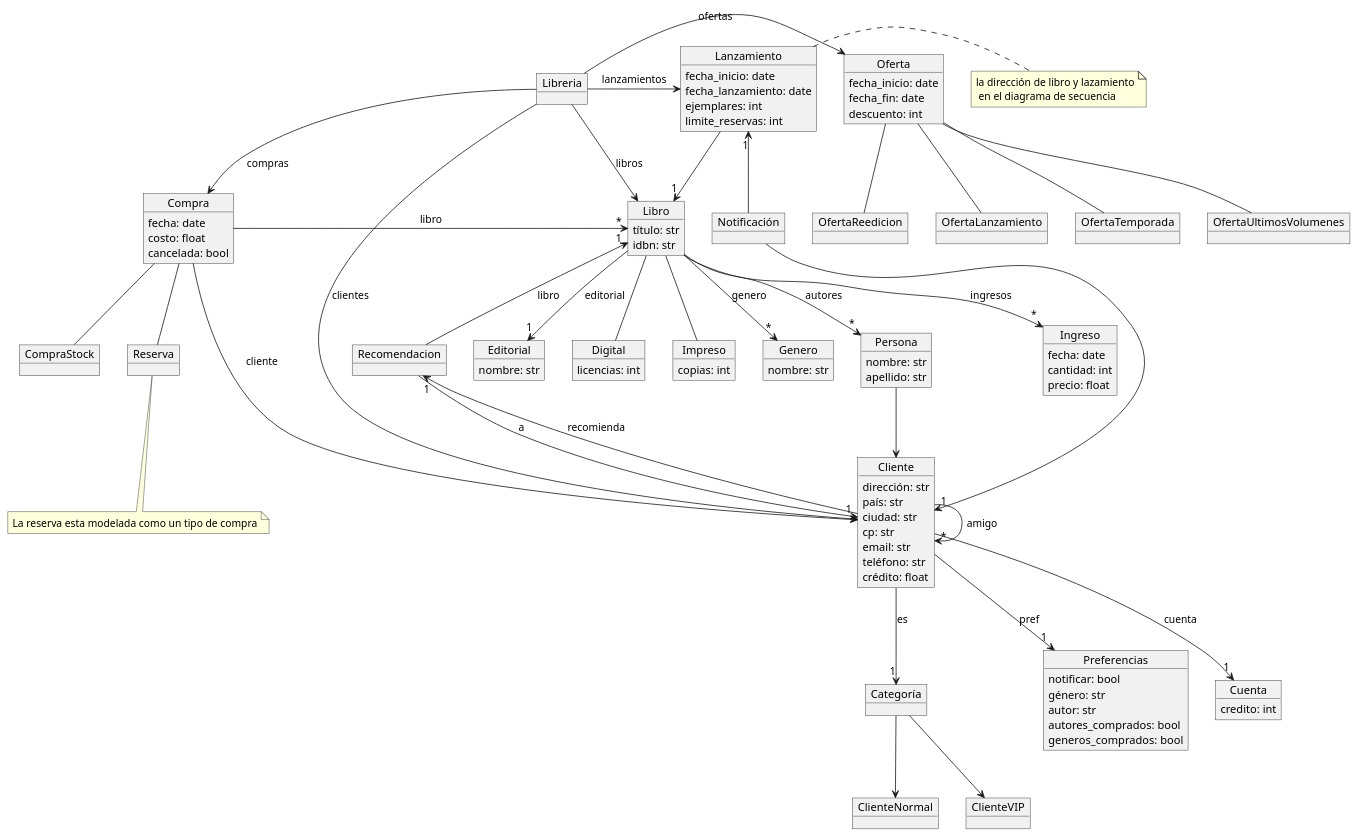
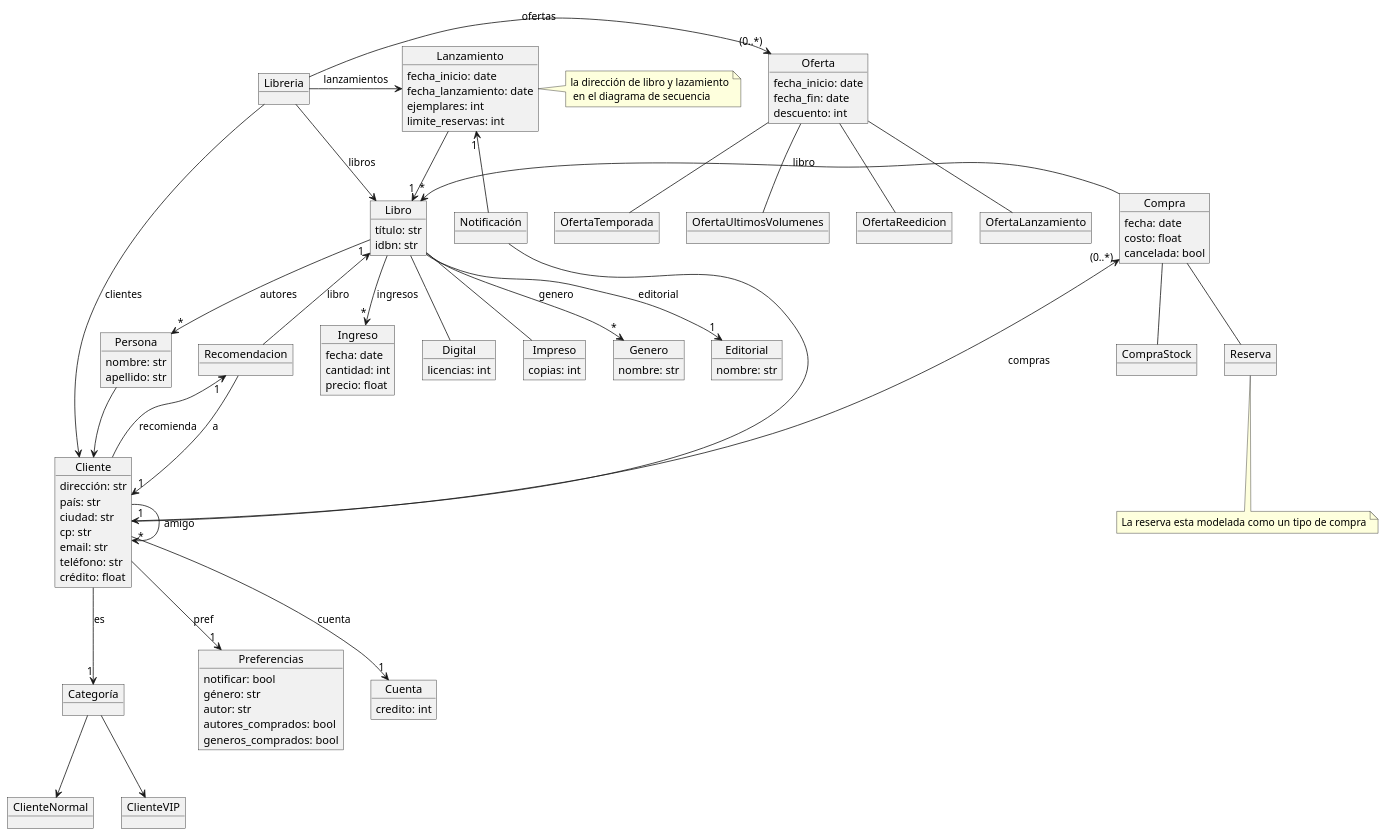
Before and after one commit to pablodanielrey/dsbm: the diagram in tp/modelo-de-dominio.plantuml, drawn with PlantUML. The commit also changed 3 other files, not shown here.

Commit message:
corrijo el diagrama de secuencia

```diff
--- a/tp/modelo-de-dominio.plantuml
+++ b/tp/modelo-de-dominio.plantuml
@@ -1,168 +1,167 @@
 @startuml
 
 together {
 
     object Oferta {
         fecha_inicio: date
         fecha_fin: date
         descuento: int
     }
 
     object OfertaLanzamiento
     object OfertaTemporada
     object OfertaUltimosVolumenes
     object OfertaReedicion
 
     OfertaLanzamiento -u- Oferta
     OfertaReedicion -u- Oferta
     OfertaUltimosVolumenes -u- Oferta
     OfertaTemporada -u- Oferta
 
 }
 
 
 together {
     object Persona {
         nombre: str
         apellido: str
     }
     object Cliente {
         dirección: str
         país: str
         ciudad: str
         cp: str
         email: str
         teléfono: str
         crédito: float
     }
 
     object Categoría
     object ClienteNormal
     object ClienteVIP
 }
 
 object Preferencias {
     notificar: bool
     género: str
     autor: str
     autores_comprados: bool
     generos_comprados: bool
 }
 
 together {
     object Libro {
         título: str
         idbn: str
     }
     object Digital {
         licencias: int
     }
     object Impreso {
         copias: int
     }
     object Genero {
         nombre: str
     }
     object Editorial {
         nombre: str
     }
 
 }
 
 together {
 
     object Compra {
         fecha: date
         costo: float
         cancelada: bool
     }
     object CompraStock {
     }
     object Reserva {
     }
     note bottom of Reserva: La reserva esta modelada como un tipo de compra
 }
 
 object Ingreso {
     fecha: date
     cantidad: int
     precio: float
 }
 
 object Recomendacion
 
 object Notificación
 
 object Libreria {
 }
 
 object Lanzamiento {
     fecha_inicio: date
     fecha_lanzamiento: date
     ejemplares: int
     limite_reservas: int
 }
 note right of Lanzamiento: la dirección de libro y lazamiento\n en el diagrama de secuencia
 
 
 object Cuenta {
     credito: int
 }
 
 
 Libreria -> Cliente : clientes
 Libreria -> Libro : libros
-Libreria -> Compra : compras
-Libreria -> Oferta : ofertas
+Libreria -> "(0..*)" Oferta : ofertas
 Libreria -> Lanzamiento : lanzamientos
 
 /'
 object Inventario
 object StockDigital {
     licencias: int
 }
 object StockFisico {
     copias: int
 }
 
 Inventario -u- StockDigital
 StockDigital -u- "1" Digital : en_stock
 Inventario -u- StockFisico
 StockFisico -u- "1" Impreso : en_stock
 '/
 
 Cliente -d-> "1" Preferencias : pref
 Cliente -d-> "1" Cuenta : cuenta
 
 
 Compra -> "*" Libro : libro
 Compra -d- CompraStock
 Compra -d- Reserva
-Compra -> Cliente : cliente
+Compra "(0..*)" <- Cliente : compras
 
 Libro --> "*" Persona : autores
 Libro --> "*" Genero: genero
 Libro --> "1" Editorial: editorial
 Libro --> "*" Ingreso : ingresos
 
 Persona -d-> Cliente
 Cliente -d-> "1" Categoría : es
 Categoría -d-> ClienteNormal
 Categoría -d-> ClienteVIP
 
 'Cliente ---> "*" Compra : realiza
 Cliente -> "*" Cliente : amigo
 Cliente -u-> "1" Recomendacion : recomienda
 Recomendacion --> "1" Cliente : a
 Recomendacion -l-> "1" Libro : libro
 
 
 Libro -d- Digital
 Libro -d- Impreso
 
 Lanzamiento -d-> "1" Libro
 
 Notificación -> "1" Cliente
 Notificación -u-> "1" Lanzamiento
 
 @enduml
```
